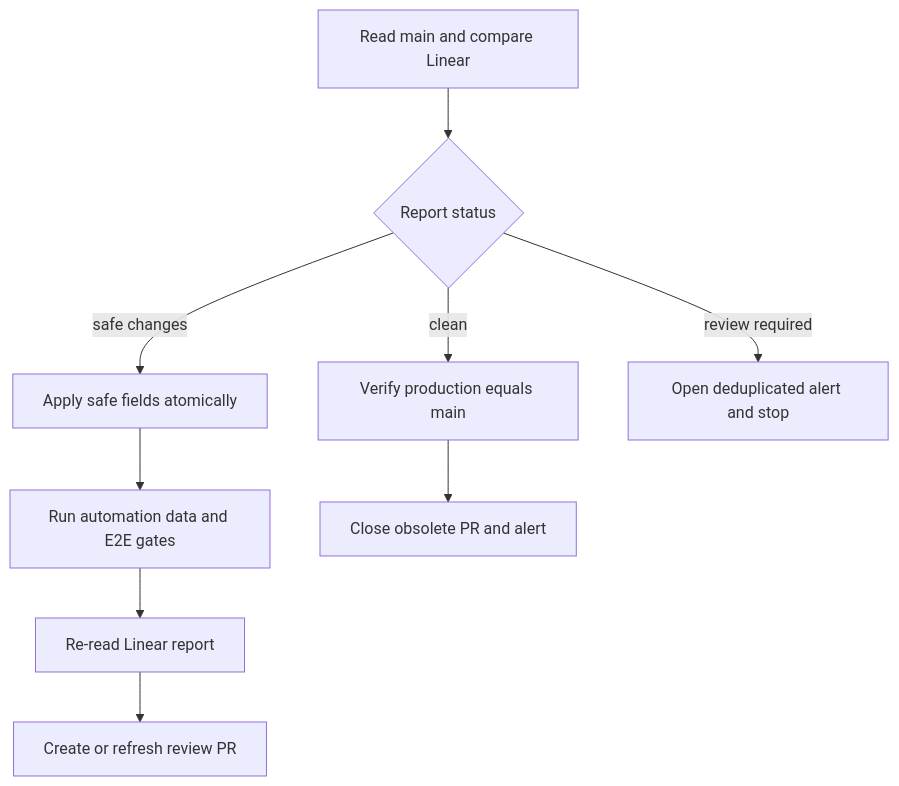
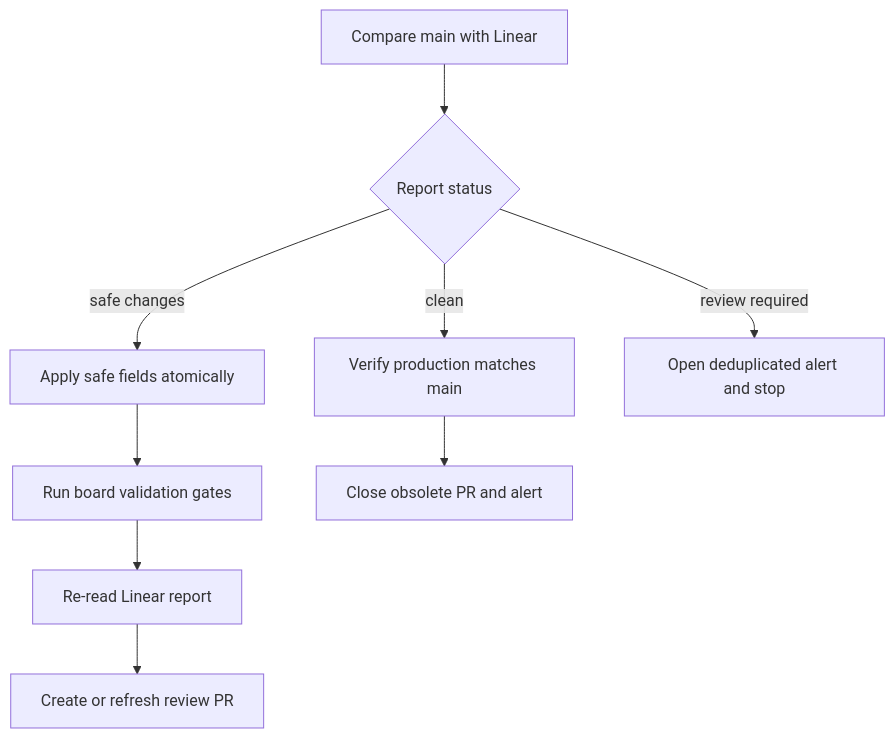
One commit to maximofn/gymnasia changed the third of 4 diagrams in openwiki/services/architecture-board.md. Above: the diagram before and after it, drawn with Mermaid. The commit also changed other lines of this file and 41 other files, not shown here.

````diff
--- a/openwiki/services/architecture-board.md
+++ b/openwiki/services/architecture-board.md
@@ -118,11 +146,11 @@
 ```mermaid
 flowchart TD
-    Audit["Read main and compare Linear"] --> Classify{"Report status"}
-    Classify -->|clean| CheckProduction["Verify production equals main"]
+    Audit["Compare main with Linear"] --> Classify{"Report status"}
+    Classify -->|clean| Verify["Verify production matches main"]
     Classify -->|safe changes| Apply["Apply safe fields atomically"]
-    Apply --> Retest["Run automation data and E2E gates"]
-    Retest --> Recheck["Re-read Linear report"]
+    Apply --> Gates["Run board validation gates"]
+    Gates --> Recheck["Re-read Linear report"]
     Recheck --> Proposal["Create or refresh review PR"]
     Classify -->|review required| Alert["Open deduplicated alert and stop"]
-    CheckProduction --> Healthy["Close obsolete PR and alert"]
+    Verify --> Healthy["Close obsolete PR and alert"]
 ```
````
